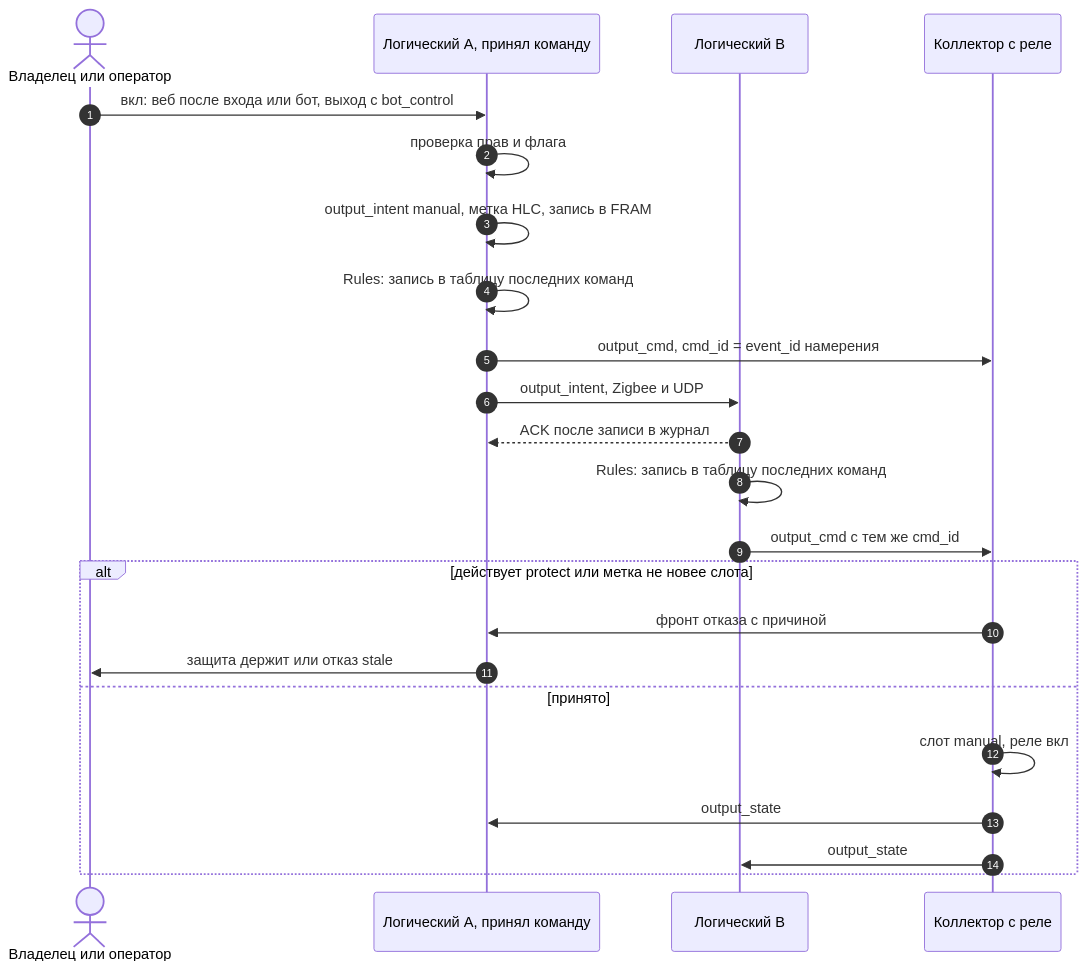
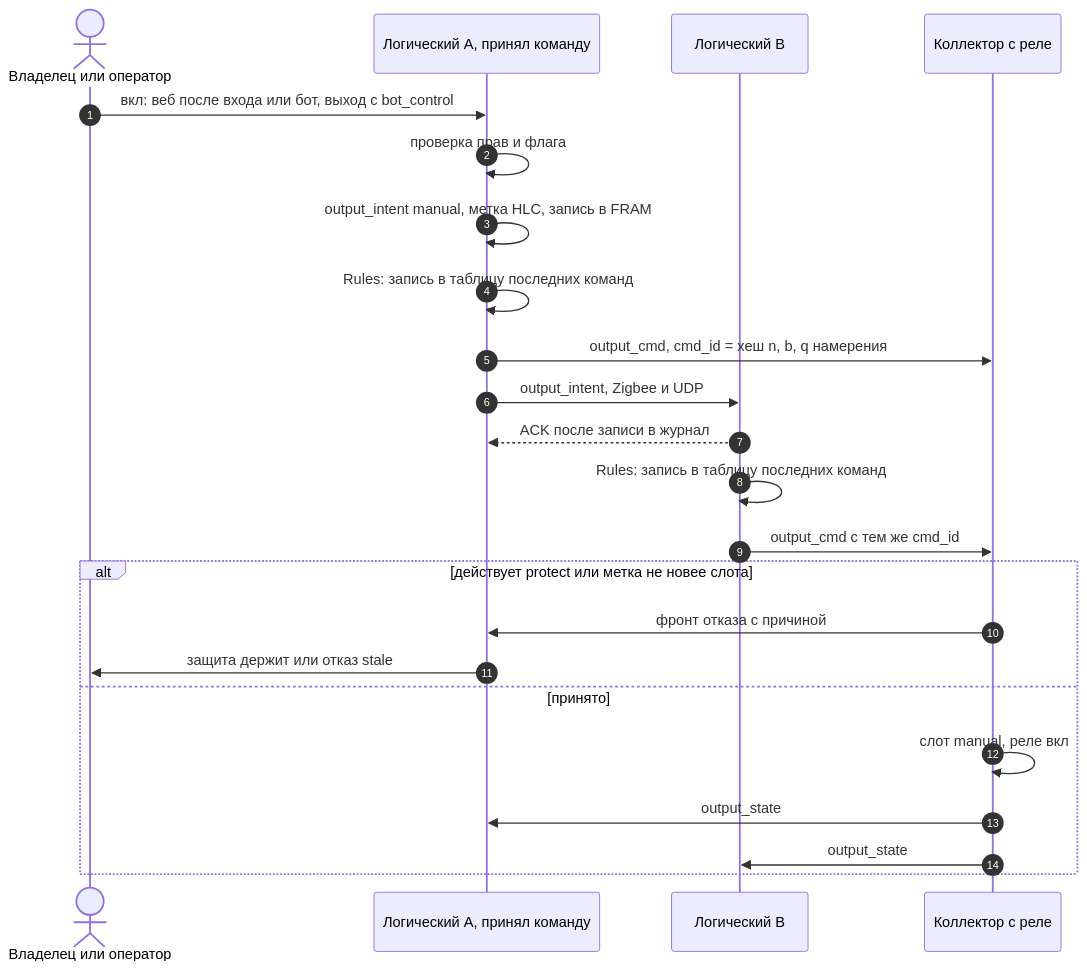
One commit to wol-micro/garageAlarms2.0 changed the fifth of 15 diagrams in _bmad-output/planning-artifacts/protocols-reference/garageAlarms2-протоколы-обмена.md. Above: the diagram before and after it, drawn with Mermaid. The commit also changed other lines of this file and 5 other files, not shown here.

````diff
--- a/_bmad-output/planning-artifacts/protocols-reference/garageAlarms2-протоколы-обмена.md
+++ b/_bmad-output/planning-artifacts/protocols-reference/garageAlarms2-протоколы-обмена.md
@@ -615,25 +615,25 @@
 ```mermaid
 sequenceDiagram
   autonumber
   actor U as Владелец или оператор
   participant A as Логический A, принял команду
   participant B as Логический B
   participant OC as Коллектор с реле
   U->>A: вкл: веб после входа или бот, выход с bot_control
   A->>A: проверка прав и флага
   A->>A: output_intent manual, метка HLC, запись в FRAM
   A->>A: Rules: запись в таблицу последних команд
-  A->>OC: output_cmd, cmd_id = event_id намерения
+  A->>OC: output_cmd, cmd_id = хеш n, b, q намерения
   A->>B: output_intent, Zigbee и UDP
   B-->>A: ACK после записи в журнал
   B->>B: Rules: запись в таблицу последних команд
   B->>OC: output_cmd с тем же cmd_id
   alt действует protect или метка не новее слота
     OC->>A: фронт отказа с причиной
     A->>U: защита держит или отказ stale
   else принято
     OC->>OC: слот manual, реле вкл
     OC->>A: output_state
     OC->>B: output_state
   end
 ```
````
